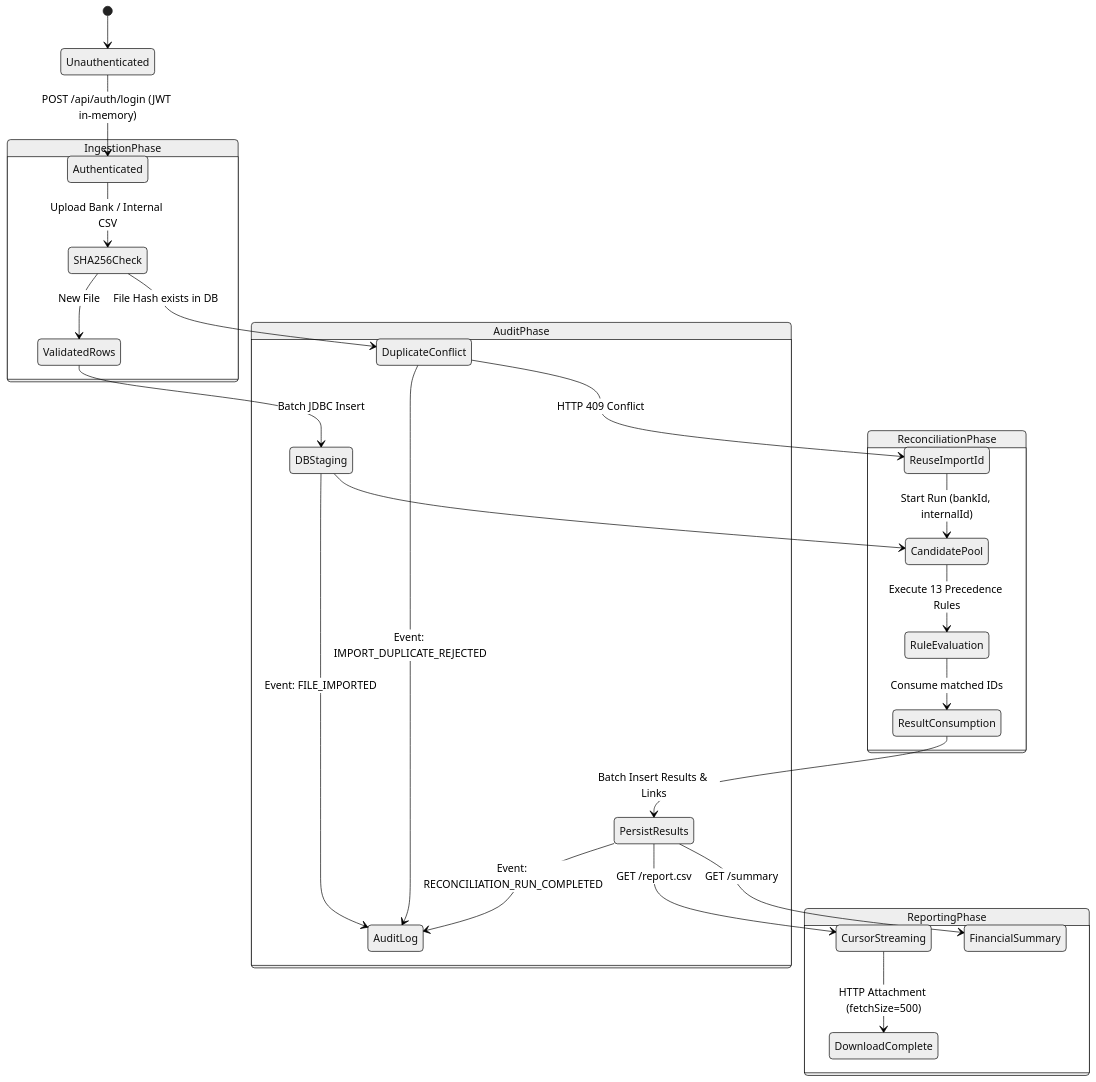
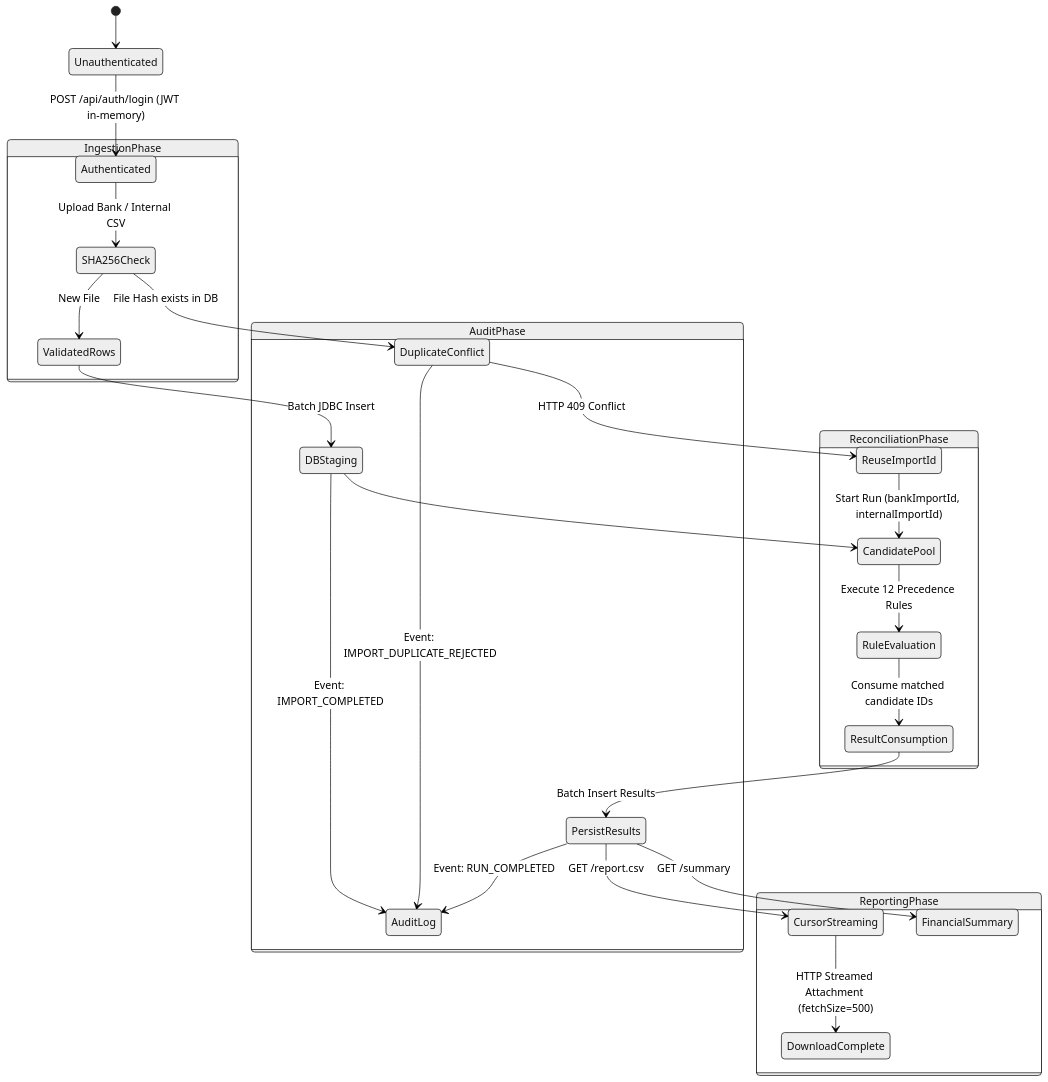
The first of 6 diagrams in WORKFLOW.md (Kaifkhan1212/ReconcileX), drawn with Mermaid (neutral theme) before and after one commit. The commit also changed other lines of this file and 53 other files, not shown here.

````diff
--- a/WORKFLOW.md
+++ b/WORKFLOW.md
@@ -11,33 +11,33 @@
 ```mermaid
 stateDiagram-v2
     [*] --> Unauthenticated
     Unauthenticated --> Authenticated : POST /api/auth/login (JWT in-memory)
     
     state IngestionPhase {
         Authenticated --> SHA256Check : Upload Bank / Internal CSV
         SHA256Check --> DuplicateConflict : File Hash exists in DB
         DuplicateConflict --> ReuseImportId : HTTP 409 Conflict
         SHA256Check --> ValidatedRows : New File
         ValidatedRows --> DBStaging : Batch JDBC Insert
     }
 
     state ReconciliationPhase {
-        ReuseImportId --> CandidatePool : Start Run (bankId, internalId)
+        ReuseImportId --> CandidatePool : Start Run (bankImportId, internalImportId)
         DBStaging --> CandidatePool
-        CandidatePool --> RuleEvaluation : Execute 13 Precedence Rules
-        RuleEvaluation --> ResultConsumption : Consume matched IDs
-        ResultConsumption --> PersistResults : Batch Insert Results & Links
+        CandidatePool --> RuleEvaluation : Execute 12 Precedence Rules
+        RuleEvaluation --> ResultConsumption : Consume matched candidate IDs
+        ResultConsumption --> PersistResults : Batch Insert Results
     }
 
     state ReportingPhase {
         PersistResults --> FinancialSummary : GET /summary
         PersistResults --> CursorStreaming : GET /report.csv
-        CursorStreaming --> DownloadComplete : HTTP Attachment (fetchSize=500)
+        CursorStreaming --> DownloadComplete : HTTP Streamed Attachment (fetchSize=500)
     }
 
     state AuditPhase {
-        DBStaging --> AuditLog : Event: FILE_IMPORTED
-        PersistResults --> AuditLog : Event: RECONCILIATION_RUN_COMPLETED
+        DBStaging --> AuditLog : Event: IMPORT_COMPLETED
+        PersistResults --> AuditLog : Event: RUN_COMPLETED
         DuplicateConflict --> AuditLog : Event: IMPORT_DUPLICATE_REJECTED
     }
 ```
````
